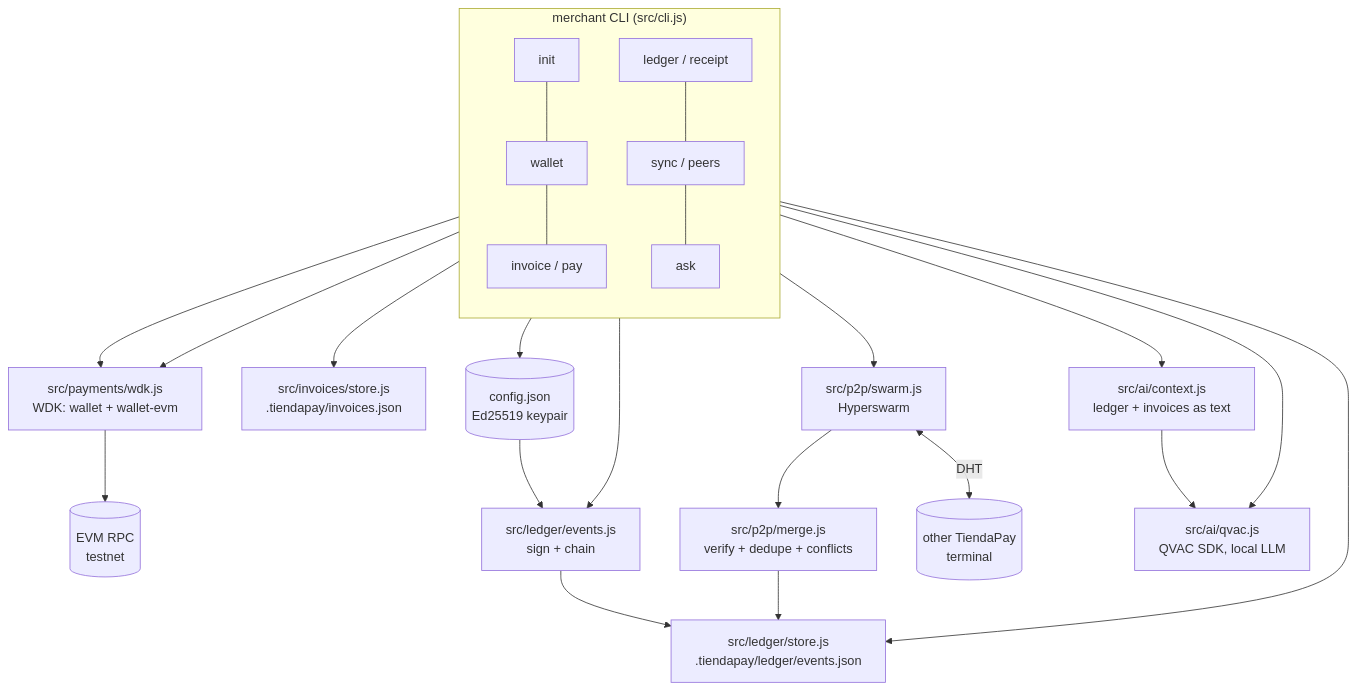
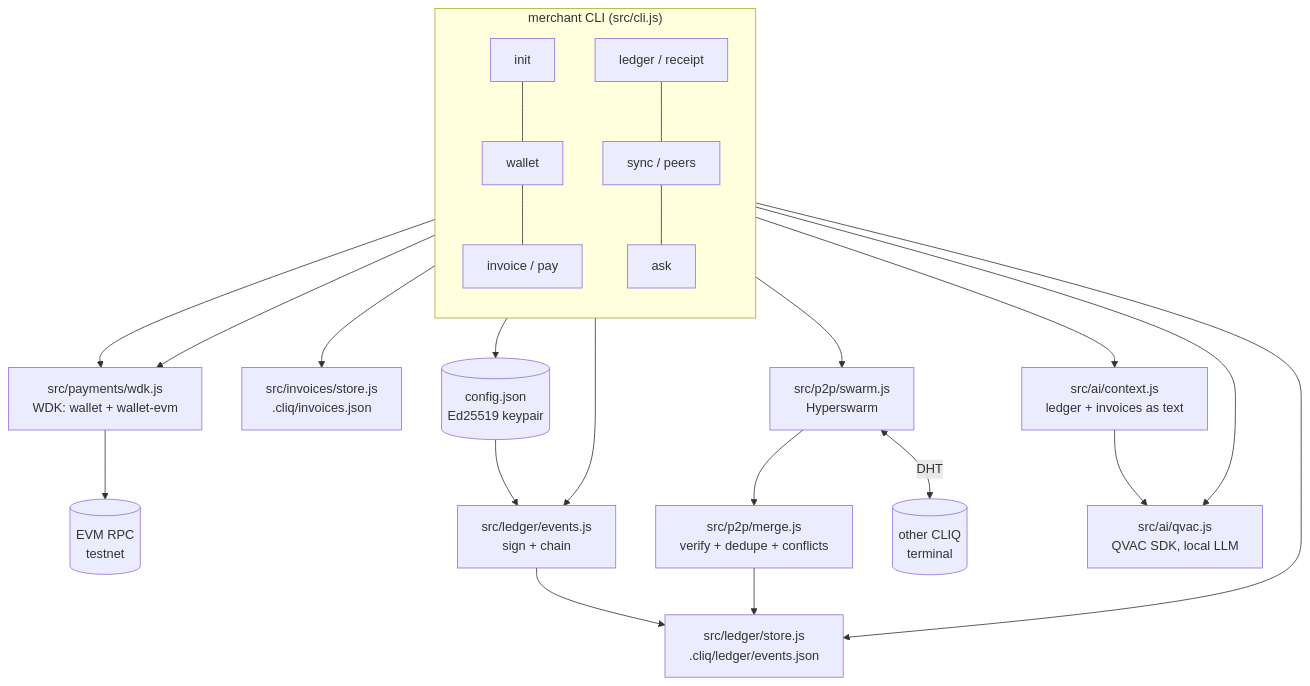
The diagram in ARCHITECTURE.md (Gabrululu/Cliq), drawn with Mermaid before and after one commit. The commit also changed other lines of this file and 34 other files, not shown here.

````diff
--- a/ARCHITECTURE.md
+++ b/ARCHITECTURE.md
@@ -37,29 +37,29 @@
 ```mermaid
 flowchart TB
     subgraph CLI["merchant CLI (src/cli.js)"]
         direction TB
         C1["init"] --- C2["wallet"] --- C3["invoice / pay"]
         C4["ledger / receipt"] --- C5["sync / peers"] --- C6["ask"]
     end
 
     C2 --> WDK["src/payments/wdk.js<br/>WDK: wallet + wallet-evm"]
     C3 --> WDK
     WDK --> RPC[("EVM RPC<br/>testnet")]
 
-    C3 --> INV["src/invoices/store.js<br/>.tiendapay/invoices.json"]
+    C3 --> INV["src/invoices/store.js<br/>.cliq/invoices.json"]
     C3 --> LEDGER["src/ledger/events.js<br/>sign + chain"]
-    C4 --> LEDGERSTORE["src/ledger/store.js<br/>.tiendapay/ledger/events.json"]
+    C4 --> LEDGERSTORE["src/ledger/store.js<br/>.cliq/ledger/events.json"]
     LEDGER --> LEDGERSTORE
 
     C5 --> SWARM["src/p2p/swarm.js<br/>Hyperswarm"]
     SWARM --> MERGE["src/p2p/merge.js<br/>verify + dedupe + conflicts"]
     MERGE --> LEDGERSTORE
-    SWARM <-->|DHT| PEER[("other TiendaPay<br/>terminal")]
+    SWARM <-->|DHT| PEER[("other CLIQ<br/>terminal")]
 
     C6 --> CTX["src/ai/context.js<br/>ledger + invoices as text"]
     C6 --> QVAC["src/ai/qvac.js<br/>QVAC SDK, local LLM"]
     CTX --> QVAC
 
     IDENTITY[("config.json<br/>Ed25519 keypair")] --> LEDGER
     C1 --> IDENTITY
 ```
````
